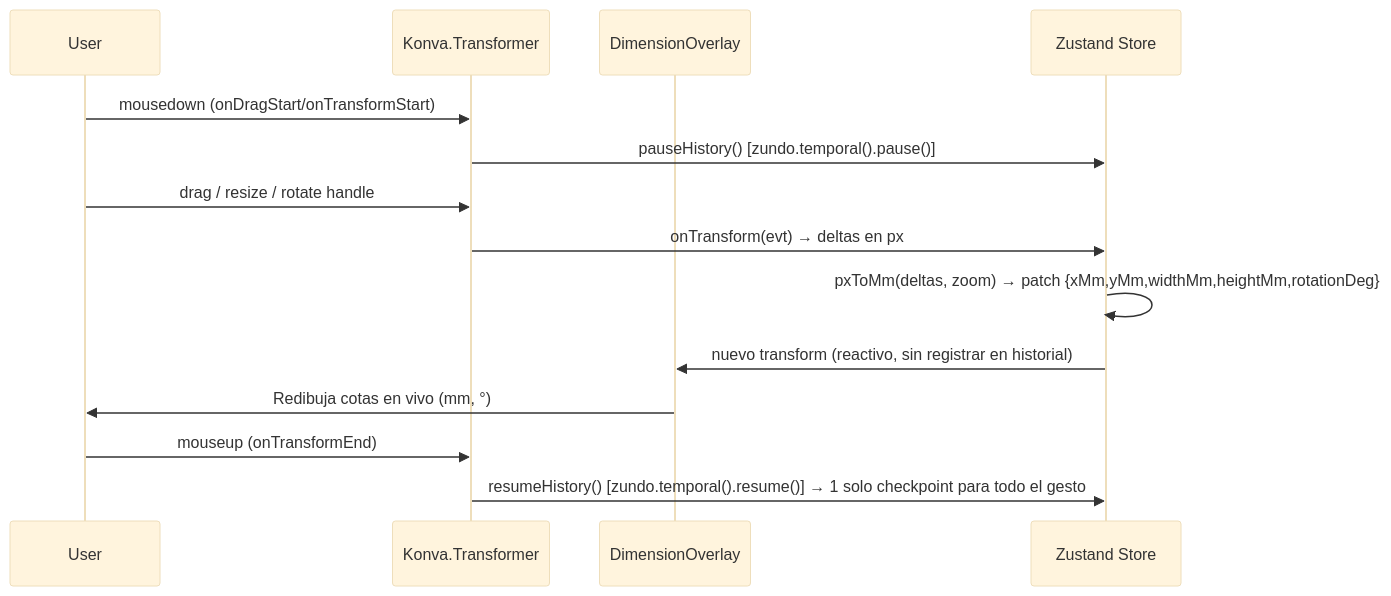
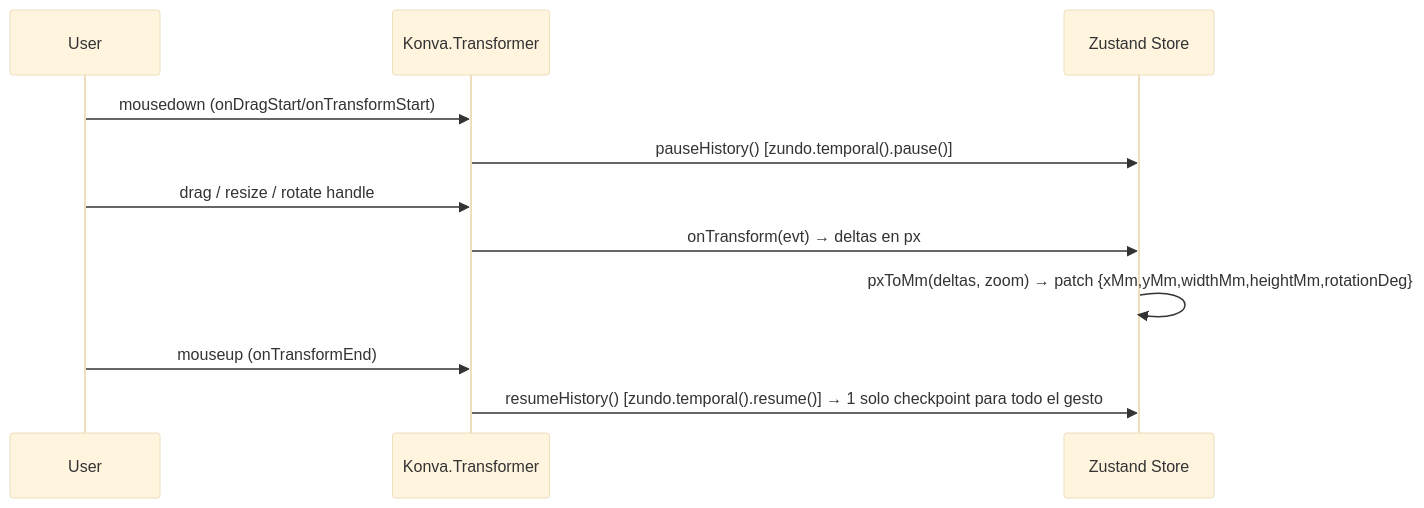
One commit to exe4que/EasyPhotoPrint changed the fourth of 7 diagrams in OPENSPEC.md. Above: the diagram before and after it, drawn with Mermaid (base theme). The commit also changed other lines of this file and 5 other files, not shown here.

````diff
--- a/OPENSPEC.md
+++ b/OPENSPEC.md
@@ -794,17 +799,14 @@
 ```mermaid
 sequenceDiagram
     participant User
     participant Konva as Konva.Transformer
-    participant Overlay as DimensionOverlay
     participant Store as Zustand Store
 
     User->>Konva: mousedown (onDragStart/onTransformStart)
     Konva->>Store: pauseHistory() [zundo.temporal().pause()]
     User->>Konva: drag / resize / rotate handle
     Konva->>Store: onTransform(evt) → deltas en px
     Store->>Store: pxToMm(deltas, zoom) → patch {xMm,yMm,widthMm,heightMm,rotationDeg}
-    Store->>Overlay: nuevo transform (reactivo, sin registrar en historial)
-    Overlay->>User: Redibuja cotas en vivo (mm, °)
     User->>Konva: mouseup (onTransformEnd)
     Konva->>Store: resumeHistory() [zundo.temporal().resume()] → 1 solo checkpoint para todo el gesto
 ```
````
